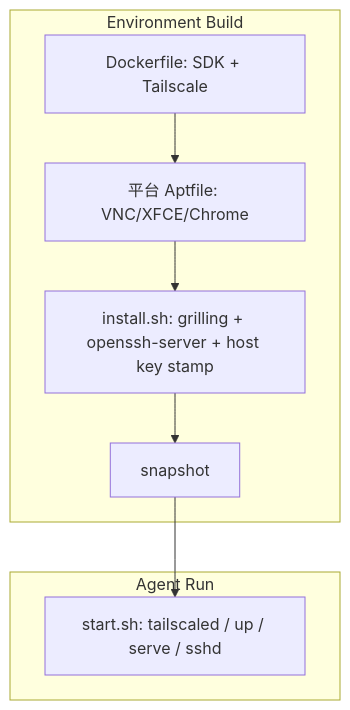
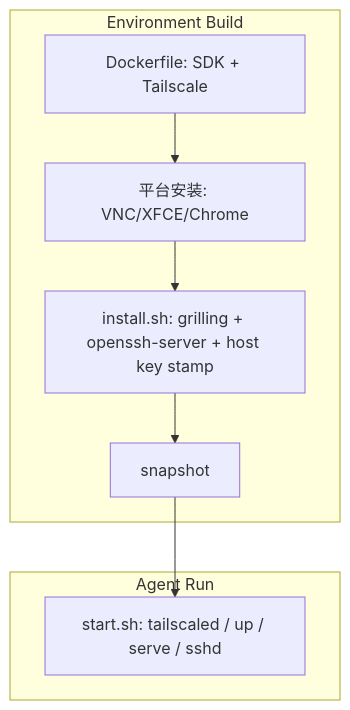
Before and after one commit to yuangezhizao/luckfox-pico: the diagram in docs/superpowers/specs/2026-08-30-luckfox-cloudagent-tailscale-design.md, drawn with Mermaid. The commit also changed other lines of this file and 6 other files, not shown here.

````diff
--- a/docs/superpowers/specs/2026-08-30-luckfox-cloudagent-tailscale-design.md
+++ b/docs/superpowers/specs/2026-08-30-luckfox-cloudagent-tailscale-design.md
@@ -86,12 +86,12 @@
 ```mermaid
 flowchart TD
   subgraph build ["Environment Build"]
-    A["Dockerfile: SDK + Tailscale"] --> B["平台 Aptfile: VNC/XFCE/Chrome"]
+    A["Dockerfile: SDK + Tailscale"] --> B["平台安装: VNC/XFCE/Chrome"]
     B --> C["install.sh: grilling + openssh-server + host key stamp"]
     C --> D["snapshot"]
   end
   subgraph run ["Agent Run"]
     E["start.sh: tailscaled / up / serve / sshd"]
   end
   D --> E
 ```
````
